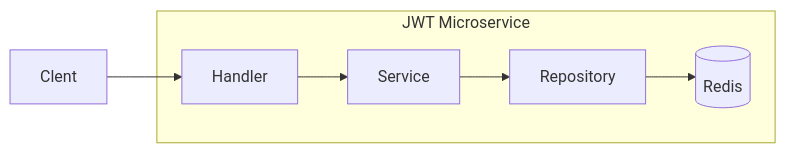
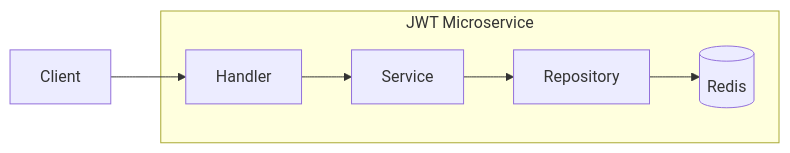
The diagram in README.md (GregoryKogan/jwt-microservice), drawn with Mermaid before and after one commit.

````diff
--- a/README.md
+++ b/README.md
@@ -18,9 +18,9 @@
 ```mermaid
 graph LR
-    Clent --> Handler
+    Client --> Handler
     subgraph JWT Microservice
         Handler --> Service
         Service --> Repository
         Repository --> Redis[(Redis)]
     end
 ```
````
